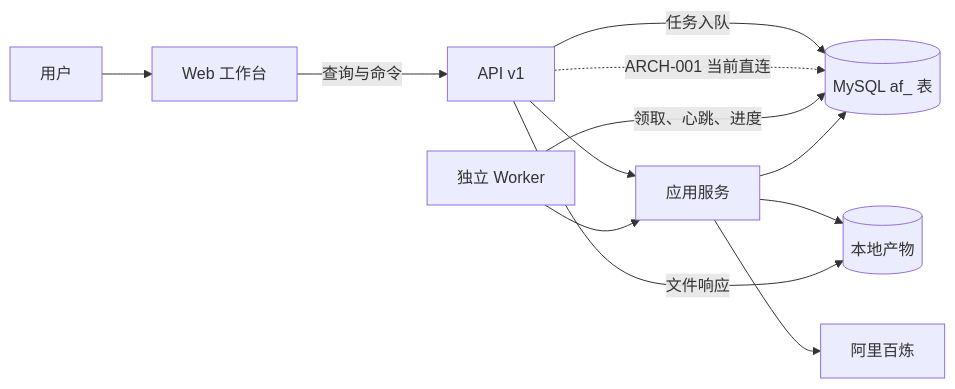
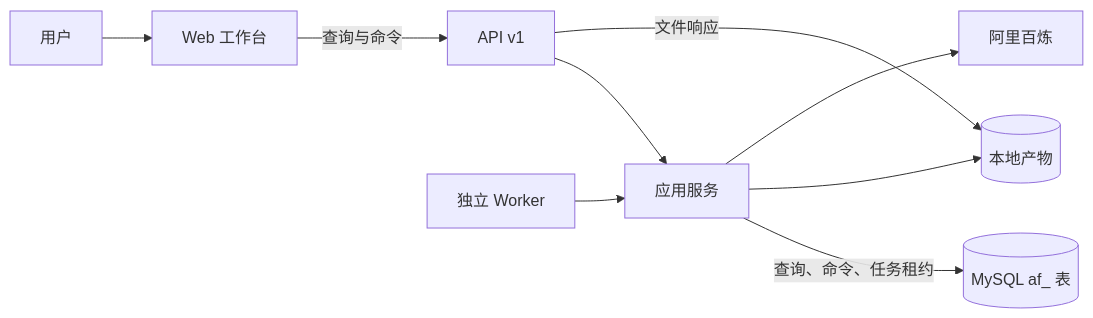
The first of 2 diagrams in docs/architecture/runtime-architecture.md (swfswf1234/Axiom-Flow), drawn with Mermaid before and after one commit. The commit also changed other lines of this file and 76 other files, not shown here.

````diff
--- a/docs/architecture/runtime-architecture.md
+++ b/docs/architecture/runtime-architecture.md
@@ -18,23 +18,20 @@
 ```mermaid
 flowchart LR
     U[用户]
     WEB[Web 工作台]
     API[API v1]
     WORKER[独立 Worker]
     APP[应用服务]
     MYSQL[(MySQL af_ 表)]
     FILES[(本地产物)]
     BAILIAN[阿里百炼]
 
     U --> WEB
     WEB -->|查询与命令| API
-    API -->|任务入队| MYSQL
     API --> APP
-    API -.->|ARCH-001 当前直连| MYSQL
-    WORKER -->|领取、心跳、进度| MYSQL
     WORKER --> APP
-    APP --> MYSQL
+    APP -->|查询、命令、任务租约| MYSQL
     APP --> FILES
     APP --> BAILIAN
     API -->|文件响应| FILES
 ```
````
